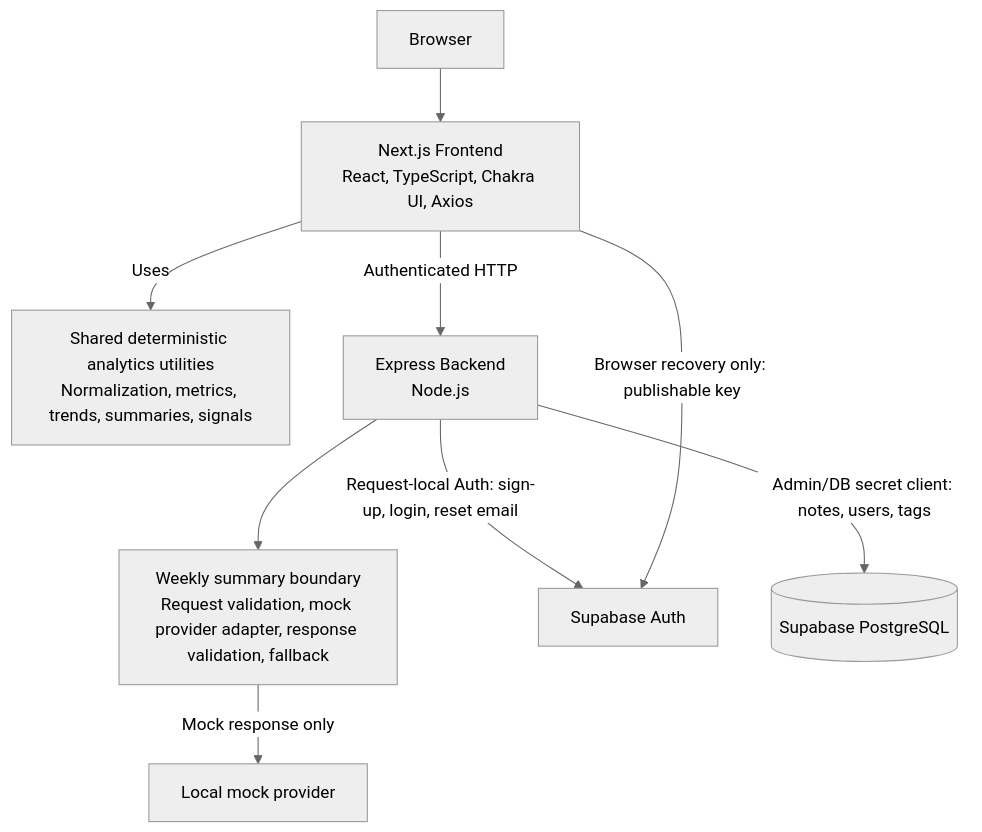
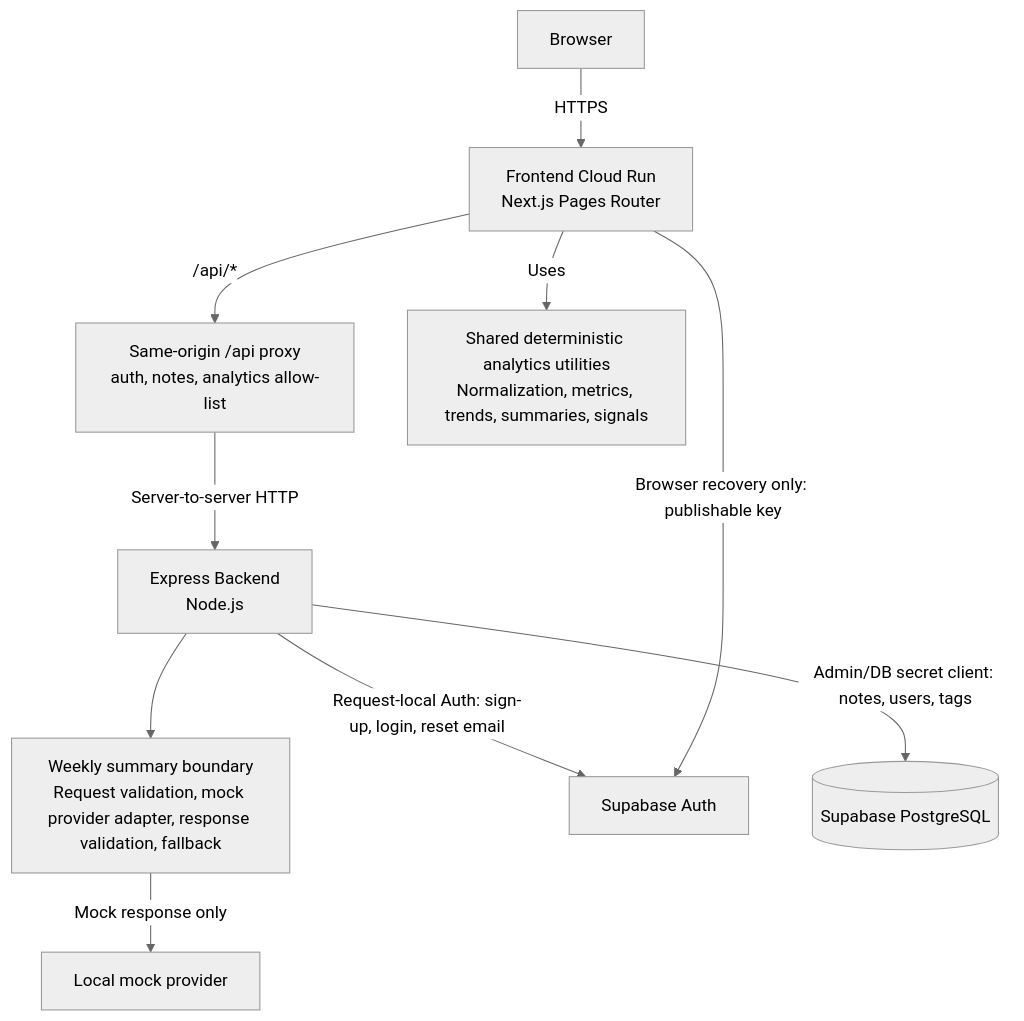
Before and after one commit to tyosu131/Workout-Journal: the diagram in docs/system-design.md, drawn with Mermaid (neutral theme). The commit also changed other lines of this file and 65 other files, not shown here.

Commit message:
feat: prepare Cloud Run production deployment

````diff
--- a/docs/system-design.md
+++ b/docs/system-design.md
@@ -77,20 +77,22 @@
 ```mermaid
 flowchart TD
     Browser["Browser"]
-    Frontend["Next.js Frontend<br/>React, TypeScript, Chakra UI, Axios"]
+    Frontend["Frontend Cloud Run<br/>Next.js Pages Router"]
+    Proxy["Same-origin /api proxy<br/>auth, notes, analytics allow-list"]
     Shared["Shared deterministic analytics utilities<br/>Normalization, metrics, trends, summaries, signals"]
     Backend["Express Backend<br/>Node.js"]
     Summary["Weekly summary boundary<br/>Request validation, mock provider adapter, response validation, fallback"]
     MockProvider["Local mock provider"]
     SupabaseAuth["Supabase Auth"]
     SupabaseDb[("Supabase PostgreSQL")]
 
-    Browser --> Frontend
-    Frontend -->|Authenticated HTTP| Backend
+    Browser -->|HTTPS| Frontend
+    Frontend -->|/api/*| Proxy
+    Proxy -->|Server-to-server HTTP| Backend
     Frontend -->|Uses| Shared
     Backend -->|Request-local Auth: sign-up, login, reset email| SupabaseAuth
     Frontend -->|Browser recovery only: publishable key| SupabaseAuth
     Backend -->|Admin/DB secret client: notes, users, tags| SupabaseDb
     Backend --> Summary
     Summary -->|Mock response only| MockProvider
 ```
````
